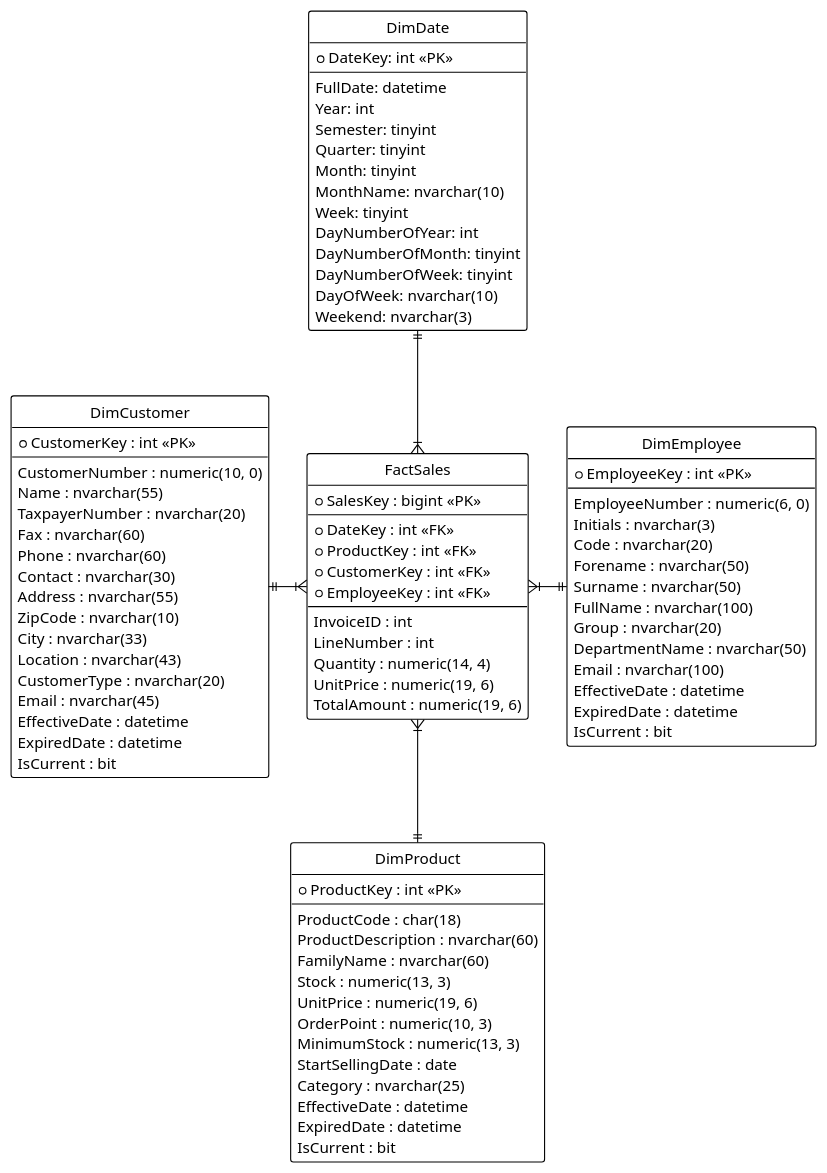
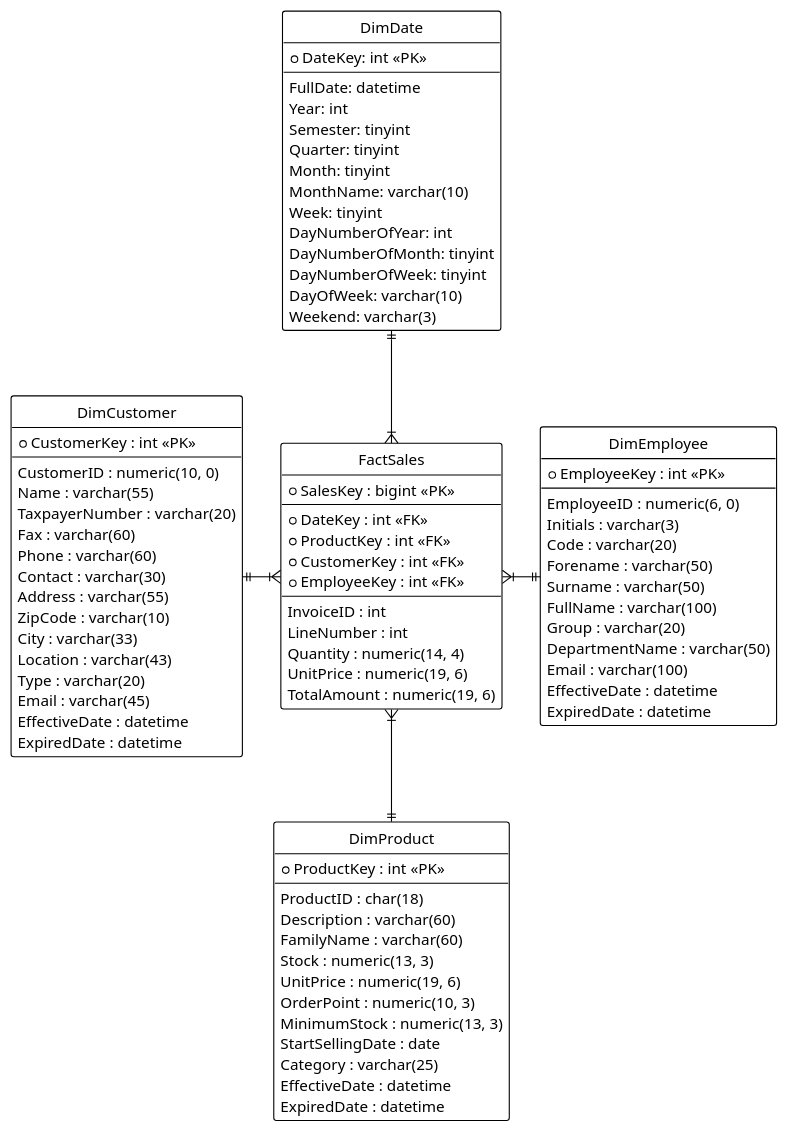
Before and after one commit to isneru/BDAMD_TP2_25_26: the diagram in assets/dimensions.puml, drawn with PlantUML. The commit also changed 1 other file, not shown here.

Commit message:
Refactor data types in dimensions.puml: Change nvarchar to varchar for consistency and update field names for clarity

```diff
--- a/assets/dimensions.puml
+++ b/assets/dimensions.puml
@@ -1,96 +1,93 @@
 @startuml Dimensions
 !theme plain
 hide circle
 skinparam linetype ortho
 
 entity "FactSales" as fact {
   *SalesKey : bigint <<PK>>
   --
   *DateKey : int <<FK>>
   *ProductKey : int <<FK>>
   *CustomerKey : int <<FK>>
   *EmployeeKey : int <<FK>>
   --
   InvoiceID : int
   LineNumber : int
   Quantity : numeric(14, 4)
   UnitPrice : numeric(19, 6)
   TotalAmount : numeric(19, 6)
 }
 
 entity "DimDate" as date {
   *DateKey: int <<PK>>
   --
   FullDate: datetime
   Year: int
   Semester: tinyint
   Quarter: tinyint
   Month: tinyint
-  MonthName: nvarchar(10)
+  MonthName: varchar(10)
   Week: tinyint
   DayNumberOfYear: int
   DayNumberOfMonth: tinyint
   DayNumberOfWeek: tinyint
-  DayOfWeek: nvarchar(10)
-  Weekend: nvarchar(3)
+  DayOfWeek: varchar(10)
+  Weekend: varchar(3)
 }
 
 entity "DimProduct" as prod {
   *ProductKey : int <<PK>>
   --
-  ProductCode : char(18)
-  ProductDescription : nvarchar(60)
-  FamilyName : nvarchar(60)
+  ProductID : char(18)
+  Description : varchar(60)
+  FamilyName : varchar(60)
   Stock : numeric(13, 3)
   UnitPrice : numeric(19, 6)
   OrderPoint : numeric(10, 3)
   MinimumStock : numeric(13, 3)
   StartSellingDate : date
-  Category : nvarchar(25)
+  Category : varchar(25)
   EffectiveDate : datetime
   ExpiredDate : datetime
-  IsCurrent : bit
 }
 
 entity "DimCustomer" as cust {
   *CustomerKey : int <<PK>>
   --
-  CustomerNumber : numeric(10, 0)
-  Name : nvarchar(55)
-  TaxpayerNumber : nvarchar(20)
-  Fax : nvarchar(60)
-  Phone : nvarchar(60)
-  Contact : nvarchar(30)
-  Address : nvarchar(55)
-  ZipCode : nvarchar(10)
-  City : nvarchar(33)
-  Location : nvarchar(43)
-  CustomerType : nvarchar(20)
-  Email : nvarchar(45)
+  CustomerID : numeric(10, 0)
+  Name : varchar(55)
+  TaxpayerNumber : varchar(20)
+  Fax : varchar(60)
+  Phone : varchar(60)
+  Contact : varchar(30)
+  Address : varchar(55)
+  ZipCode : varchar(10)
+  City : varchar(33)
+  Location : varchar(43)
+  Type : varchar(20)
+  Email : varchar(45)
   EffectiveDate : datetime
   ExpiredDate : datetime
-  IsCurrent : bit
 }
 
 entity "DimEmployee" as emp {
   *EmployeeKey : int <<PK>>
   --
-  EmployeeNumber : numeric(6, 0)
-  Initials : nvarchar(3)
-  Code : nvarchar(20)
-  Forename : nvarchar(50)
-  Surname : nvarchar(50)
-  FullName : nvarchar(100)
-  Group : nvarchar(20)
-  DepartmentName : nvarchar(50)
-  Email : nvarchar(100)
+  EmployeeID : numeric(6, 0)
+  Initials : varchar(3)
+  Code : varchar(20)
+  Forename : varchar(50)
+  Surname : varchar(50)
+  FullName : varchar(100)
+  Group : varchar(20)
+  DepartmentName : varchar(50)
+  Email : varchar(100)
   EffectiveDate : datetime
   ExpiredDate : datetime
-  IsCurrent : bit
 }
 
 fact }|-up-|| date
 fact }|-down-|| prod
 fact }|-left-|| cust
 fact }|-right-|| emp
 @enduml
```
